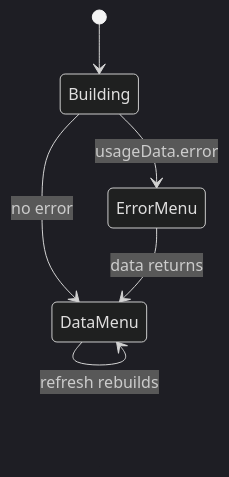
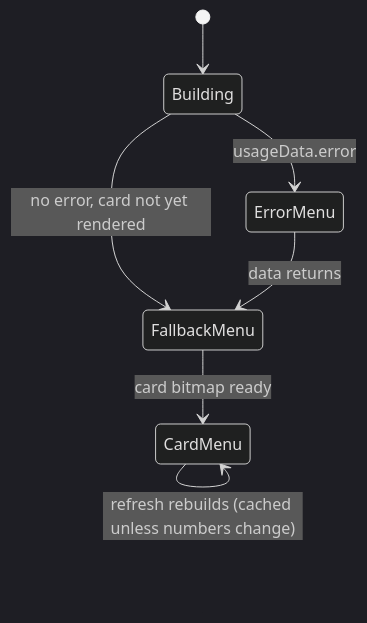
Before and after one commit to tangentlin/burnbar: the diagram in docs/features/usage-menu.md, drawn with Mermaid (dark theme). The commit also changed other lines of this file and 27 other files, not shown here.

First line of the commit message:
feat: rich menu-bar stats card, row icons, and About link

````diff
--- a/docs/features/usage-menu.md
+++ b/docs/features/usage-menu.md
@@ -40,8 +42,9 @@
 ```mermaid
 stateDiagram-v2
     [*] --> Building
     Building --> ErrorMenu: usageData.error
-    Building --> DataMenu: no error
-    DataMenu --> DataMenu: refresh rebuilds
-    ErrorMenu --> DataMenu: data returns
+    Building --> FallbackMenu: no error, card not yet rendered
+    FallbackMenu --> CardMenu: card bitmap ready
+    CardMenu --> CardMenu: refresh rebuilds (cached unless numbers change)
+    ErrorMenu --> FallbackMenu: data returns
 ```
````
